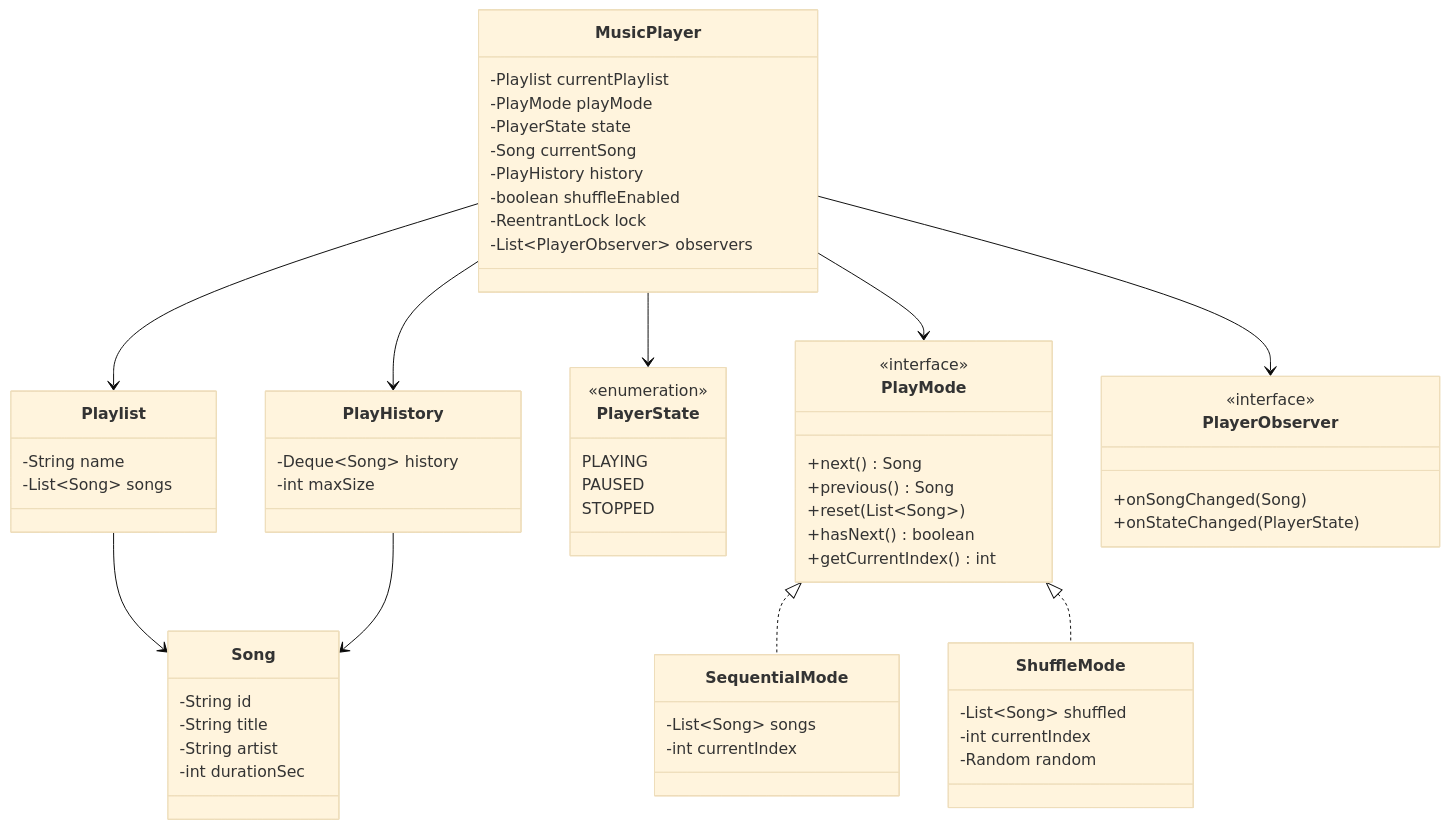
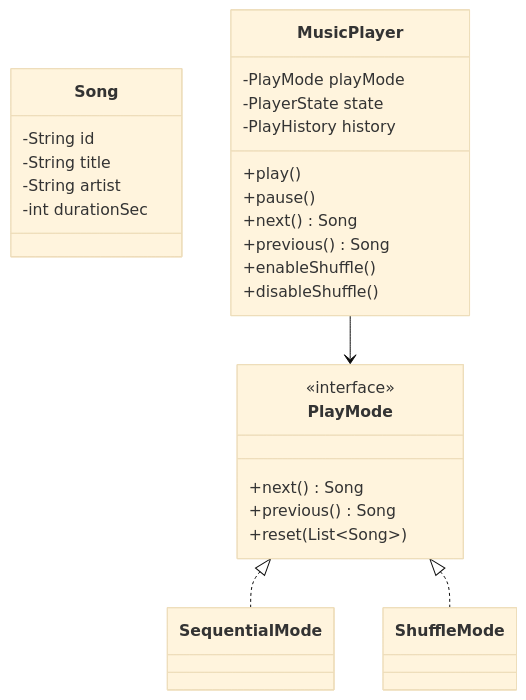
Before and after one commit to iluzn/HLD-Designs: the first of 2 diagrams in content/lld/MusicPlayer.md, drawn with Mermaid (base theme). The commit also changed other lines of this file, not shown here.

Commit message:
Music Player LLD: add Python + C++ tabbed code alongside Java

````diff
--- a/content/lld/MusicPlayer.md
+++ b/content/lld/MusicPlayer.md
@@ -49,73 +48,31 @@
 ```mermaid
 classDiagram
     class Song {
         -String id
         -String title
         -String artist
         -int durationSec
     }
-
-    class Playlist {
-        -String name
-        -List~Song~ songs
-    }
-
     class PlayMode {
         <<interface>>
         +next() Song
         +previous() Song
         +reset(List~Song~)
-        +hasNext() boolean
-        +getCurrentIndex() int
     }
-
-    class SequentialMode {
-        -List~Song~ songs
-        -int currentIndex
-    }
-
-    class ShuffleMode {
-        -List~Song~ shuffled
-        -int currentIndex
-        -Random random
-    }
-
-    class PlayerState {
-        <<enumeration>>
-        PLAYING
-        PAUSED
-        STOPPED
-    }
-
-    class PlayHistory {
-        -Deque~Song~ history
-        -int maxSize
-    }
-
-    class PlayerObserver {
-        <<interface>>
-        +onSongChanged(Song)
-        +onStateChanged(PlayerState)
-    }
-
+    class SequentialMode
+    class ShuffleMode
     class MusicPlayer {
-        -Playlist currentPlaylist
         -PlayMode playMode
         -PlayerState state
-        -Song currentSong
         -PlayHistory history
-        -boolean shuffleEnabled
-        -ReentrantLock lock
-        -List~PlayerObserver~ observers
+        +play()
+        +pause()
+        +next() Song
+        +previous() Song
+        +enableShuffle()
+        +disableShuffle()
     }
-
-    MusicPlayer --> Playlist
-    MusicPlayer --> PlayMode
-    MusicPlayer --> PlayerState
-    MusicPlayer --> PlayHistory
-    MusicPlayer --> PlayerObserver
     PlayMode <|.. SequentialMode
     PlayMode <|.. ShuffleMode
-    Playlist --> Song
-    PlayHistory --> Song
+    MusicPlayer --> PlayMode
 ```
````
